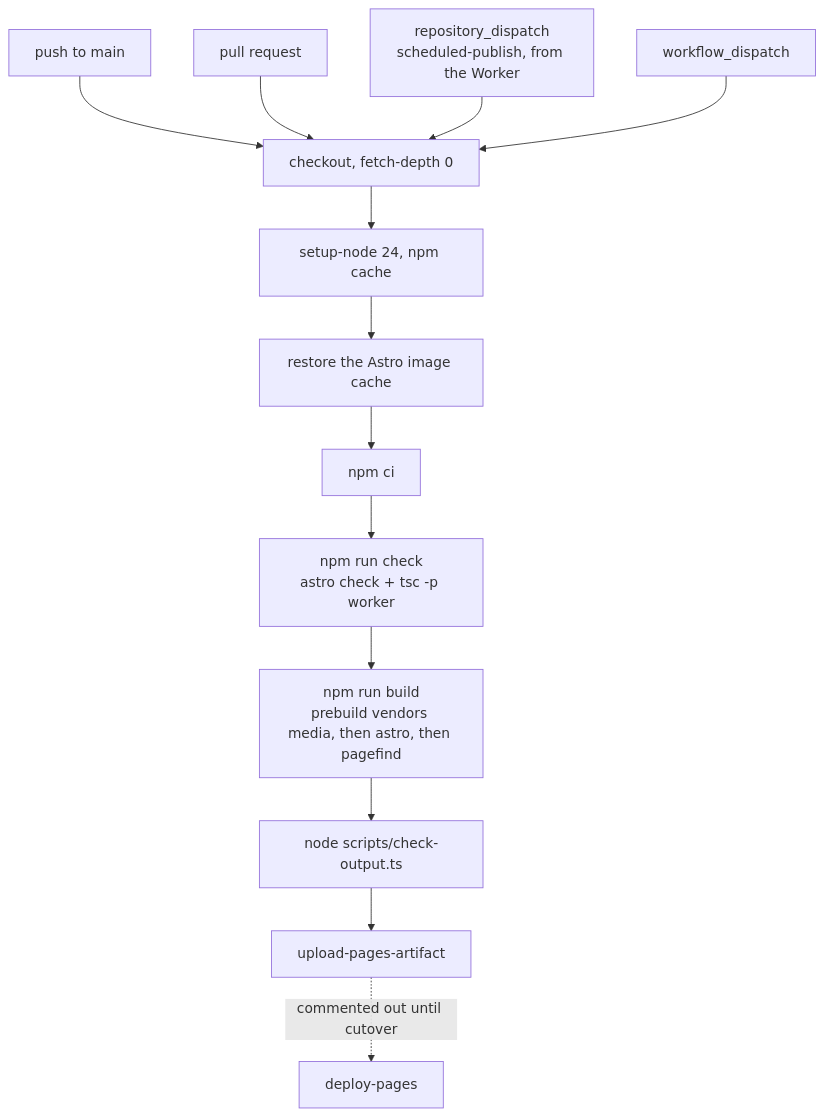
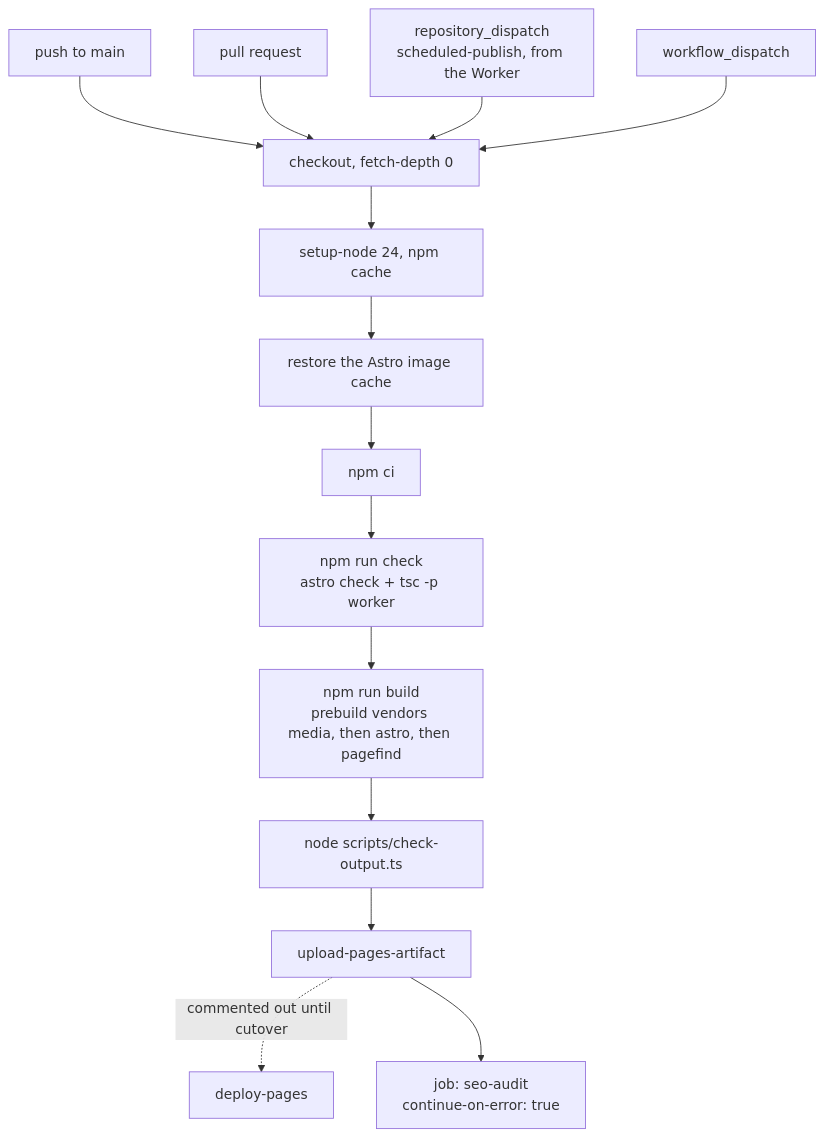
Before and after one commit to khaosdoctor/blog: the first of 3 diagrams in docs/ci.md, drawn with Mermaid. The commit also changed other lines of this file and 36 other files, not shown here.

````diff
--- a/docs/ci.md
+++ b/docs/ci.md
@@ -12,15 +12,16 @@
 ```mermaid
 flowchart TD
   T1["push to main"] --> C
   T2["pull request"] --> C
   T3["repository_dispatch<br/>scheduled-publish, from the Worker"] --> C
   T4["workflow_dispatch"] --> C
   C["checkout, fetch-depth 0"] --> N["setup-node 24, npm cache"]
   N --> K["restore the Astro image cache"]
   K --> I["npm ci"]
   I --> CH["npm run check<br/>astro check + tsc -p worker"]
   CH --> B["npm run build<br/>prebuild vendors media, then astro, then pagefind"]
   B --> G["node scripts/check-output.ts"]
   G --> A["upload-pages-artifact"]
   A -.->|"commented out until cutover"| D["deploy-pages"]
+  A --> S["job: seo-audit<br/>continue-on-error: true"]
 ```
````
